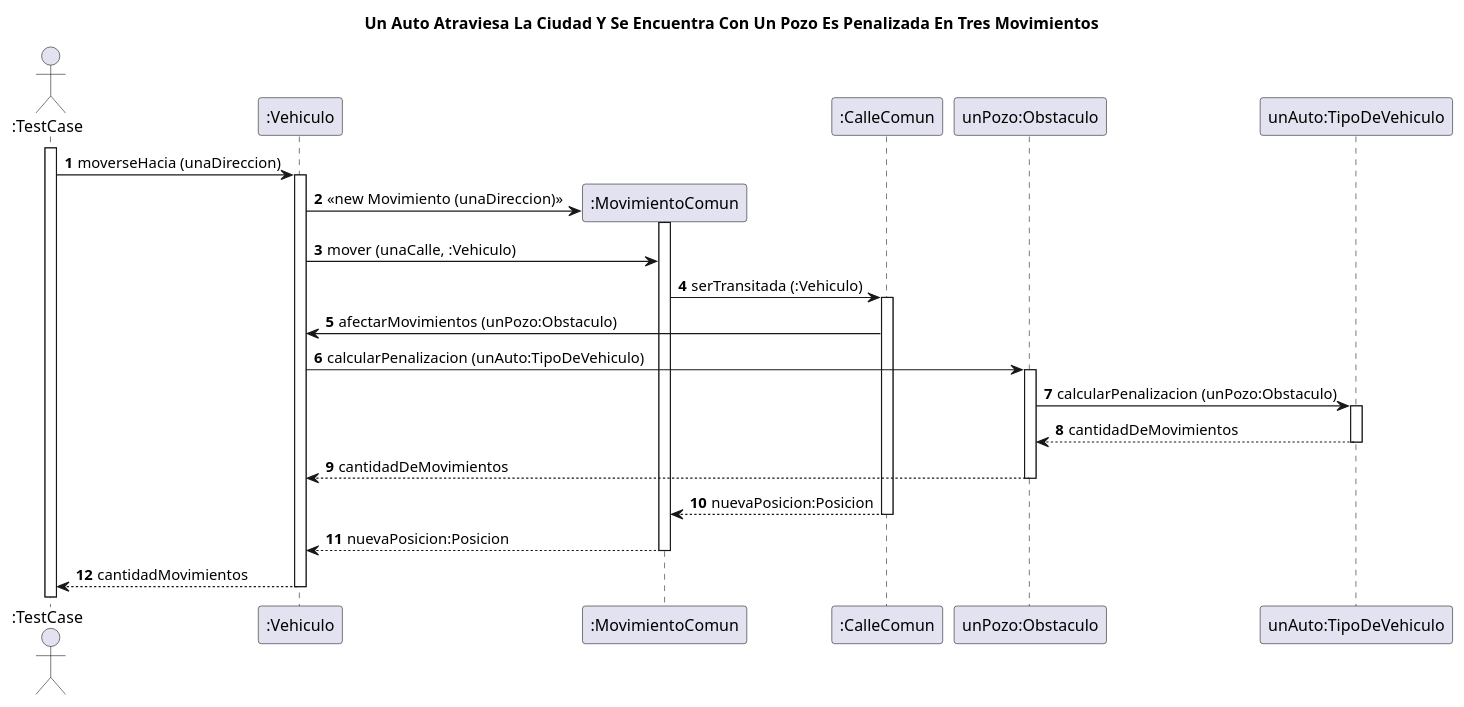
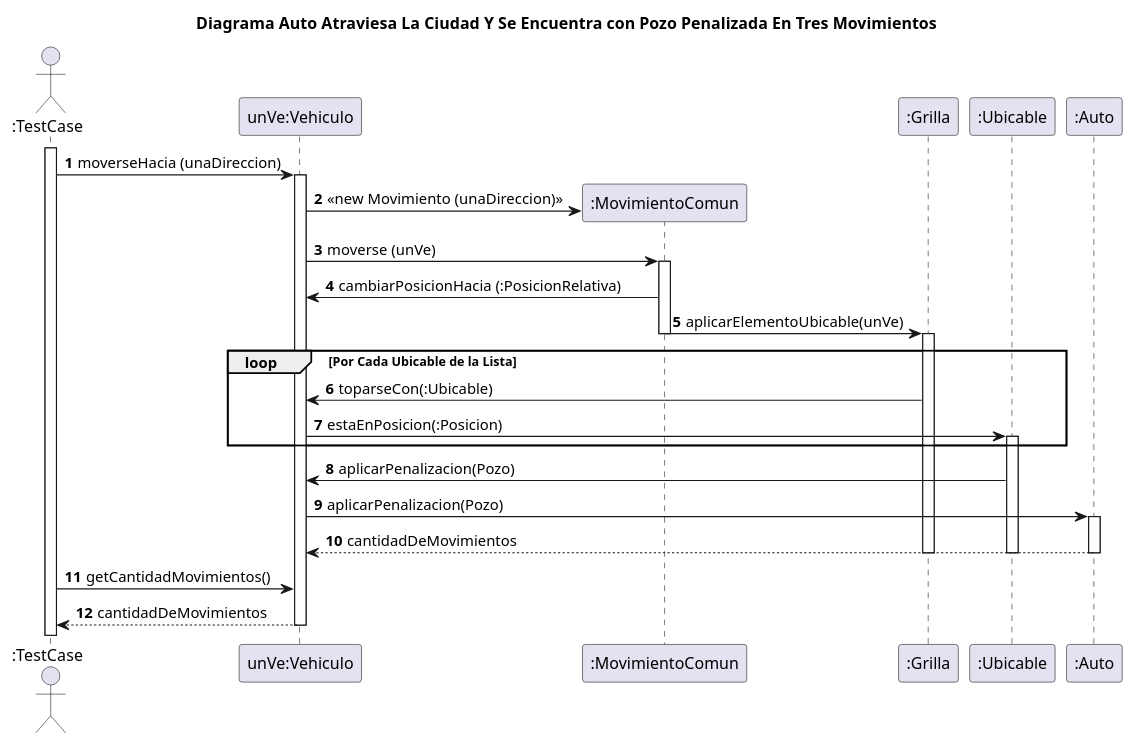
Before and after one commit to FacundoBaez1994/Algo3Tp2: the diagram in diagrams/sequences/UnAutoAtraviesaLaCiudadYSeEncuentraConUnPozoEsPenalizadaEnTresMovimientos.puml, drawn with PlantUML. The commit also changed 34 other files, not shown here.

Commit message:
Diagramas de Clases refactorizados

```diff
--- a/diagrams/sequences/UnAutoAtraviesaLaCiudadYSeEncuentraConUnPozoEsPenalizadaEnTresMovimientos.puml
+++ b/diagrams/sequences/UnAutoAtraviesaLaCiudadYSeEncuentraConUnPozoEsPenalizadaEnTresMovimientos.puml
@@ -1,27 +1,34 @@
 @startuml
 'https://plantuml.com/sequence-diagram
-title Un Auto Atraviesa La Ciudad Y Se Encuentra Con Un Pozo Es Penalizada En Tres Movimientos
+title Diagrama Auto Atraviesa La Ciudad Y Se Encuentra con Pozo Penalizada En Tres Movimientos
 autonumber
 actor ":TestCase"
+
 Activate ":TestCase"
-":TestCase" -> ":Vehiculo": moverseHacia (unaDireccion)
-Activate ":Vehiculo"
-create ":MovimientoComun"
-":Vehiculo" -> ":MovimientoComun": <<new Movimiento (unaDireccion) >>
-Activate ":MovimientoComun"
-":Vehiculo" -> ":MovimientoComun": mover (unaCalle, :Vehiculo)
-":MovimientoComun" -> ":CalleComun": serTransitada (:Vehiculo)
-Activate ":CalleComun"
-":CalleComun" -> ":Vehiculo": afectarMovimientos (unPozo:Obstaculo)
-":Vehiculo" -> "unPozo:Obstaculo": calcularPenalizacion (unAuto:TipoDeVehiculo)
-Activate "unPozo:Obstaculo"
-"unPozo:Obstaculo" -> "unAuto:TipoDeVehiculo": calcularPenalizacion (unPozo:Obstaculo)
-Activate "unAuto:TipoDeVehiculo"
-return cantidadDeMovimientos
-return cantidadDeMovimientos
-return nuevaPosicion:Posicion
-return nuevaPosicion:Posicion
-return cantidadMovimientos
+   ":TestCase" -> "unVe:Vehiculo": moverseHacia (unaDireccion)
+    Activate "unVe:Vehiculo"
+    create ":MovimientoComun"
+    "unVe:Vehiculo" -> ":MovimientoComun": <<new Movimiento (unaDireccion) >>
+    "unVe:Vehiculo" -> ":MovimientoComun": moverse (unVe)
+    Activate ":MovimientoComun"
+    ":MovimientoComun" -> "unVe:Vehiculo": cambiarPosicionHacia (:PosicionRelativa)
+    ":MovimientoComun" -> ":Grilla": aplicarElementoUbicable(unVe)
+    Deactivate ":MovimientoComun"
+    Activate ":Grilla"
+    loop Por Cada Ubicable de la Lista
+    ":Grilla" -> "unVe:Vehiculo": toparseCon(:Ubicable)
+    "unVe:Vehiculo" -> ":Ubicable": estaEnPosicion(:Posicion)
+    Activate ":Ubicable"
+    end
 
 
+    "unVe:Vehiculo" <- ":Ubicable": aplicarPenalizacion(Pozo)
+    "unVe:Vehiculo" -> ":Auto": aplicarPenalizacion(Pozo)
+    Activate ":Auto"
+    return cantidadDeMovimientos
+    Deactivate ":Ubicable"
+    Deactivate ":Grilla"
+    ":TestCase" -> "unVe:Vehiculo": getCantidadMovimientos()
+    return cantidadDeMovimientos
+
 @enduml
```
